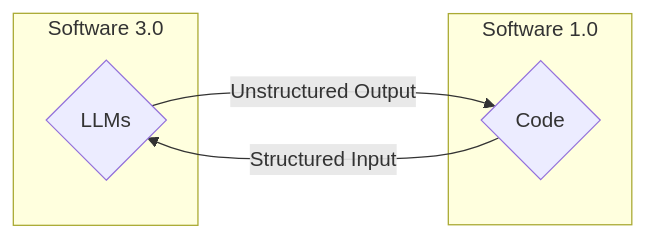
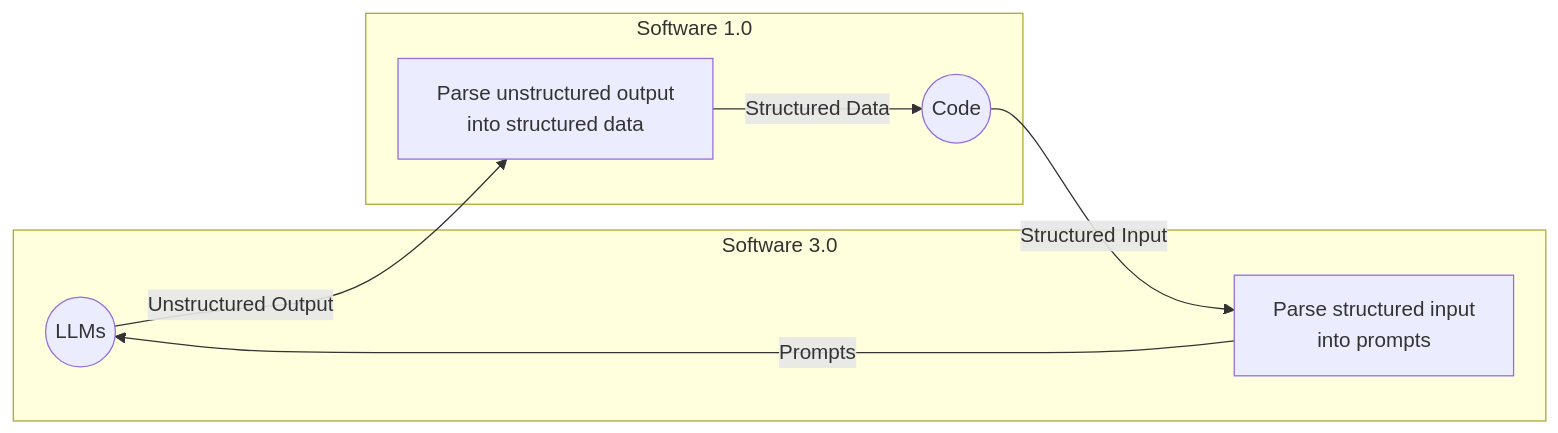
Before and after one commit to shoaibkhanz/agentic-ai-engineering-course: the first of 2 diagrams in lessons/04_structured_outputs/article.md, drawn with Mermaid.

Commit message:
feat: Tweak L4

````diff
--- a/lessons/04_structured_outputs/article.md
+++ b/lessons/04_structured_outputs/article.md
@@ -5,13 +5,17 @@
 ```mermaid
 flowchart LR
     subgraph "Software 3.0"
-        A{"LLMs"}
+        A(("LLMs"))
+        D["Parse structured input<br/>into prompts"]
     end
     
     subgraph "Software 1.0"
-        B{"Code"}
+        B(("Code"))
+        C["Parse unstructured output<br/>into structured data"]
     end
     
-    A -->|"Unstructured Output"| B
-    B -->|"Structured Input"| A
+    A -->|"Unstructured Output"| C
+    C -->|"Structured Data"| B
+    B -->|"Structured Input"| D
+    D -->|"Prompts"| A
 ```
````
